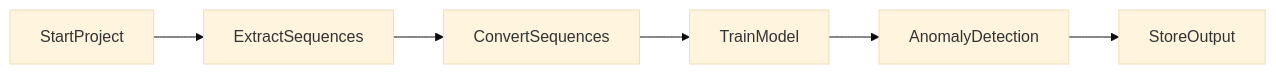
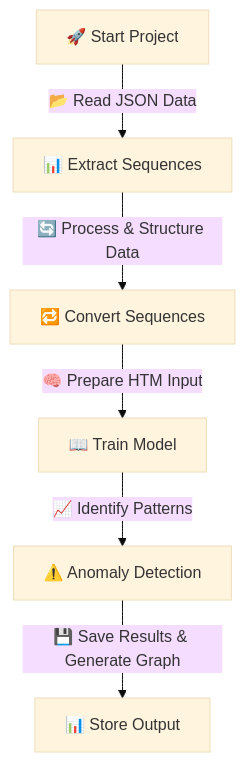
Before and after one commit to mahbubur-r/neocortexapi: the diagram in source/MySEProject/README.md, drawn with Mermaid (base theme). The commit also changed other lines of this file and 1 other file, not shown here.

````diff
--- a/source/MySEProject/README.md
+++ b/source/MySEProject/README.md
@@ -50,8 +58,8 @@
 ```mermaid
-graph LR;
-    StartProject --> ExtractSequences;
-    ExtractSequences --> ConvertSequences;
-    ConvertSequences --> TrainModel;
-    TrainModel --> AnomalyDetection;
-    AnomalyDetection --> StoreOutput;
+graph TD;
+    Start["🚀 Start Project"] --> |📂 Read JSON Data| ExtractSequences["📊 Extract Sequences"];
+    ExtractSequences --> |🔄 Process & Structure Data| ConvertSequences["🔁 Convert Sequences"];
+    ConvertSequences --> |🧠 Prepare HTM Input| TrainModel["📖 Train Model"];
+    TrainModel --> |📈 Identify Patterns| AnomalyDetection["⚠️ Anomaly Detection"];
+    AnomalyDetection --> |💾 Save Results & Generate Graph| StoreOutput["📊 Store Output"];
 ```
````
